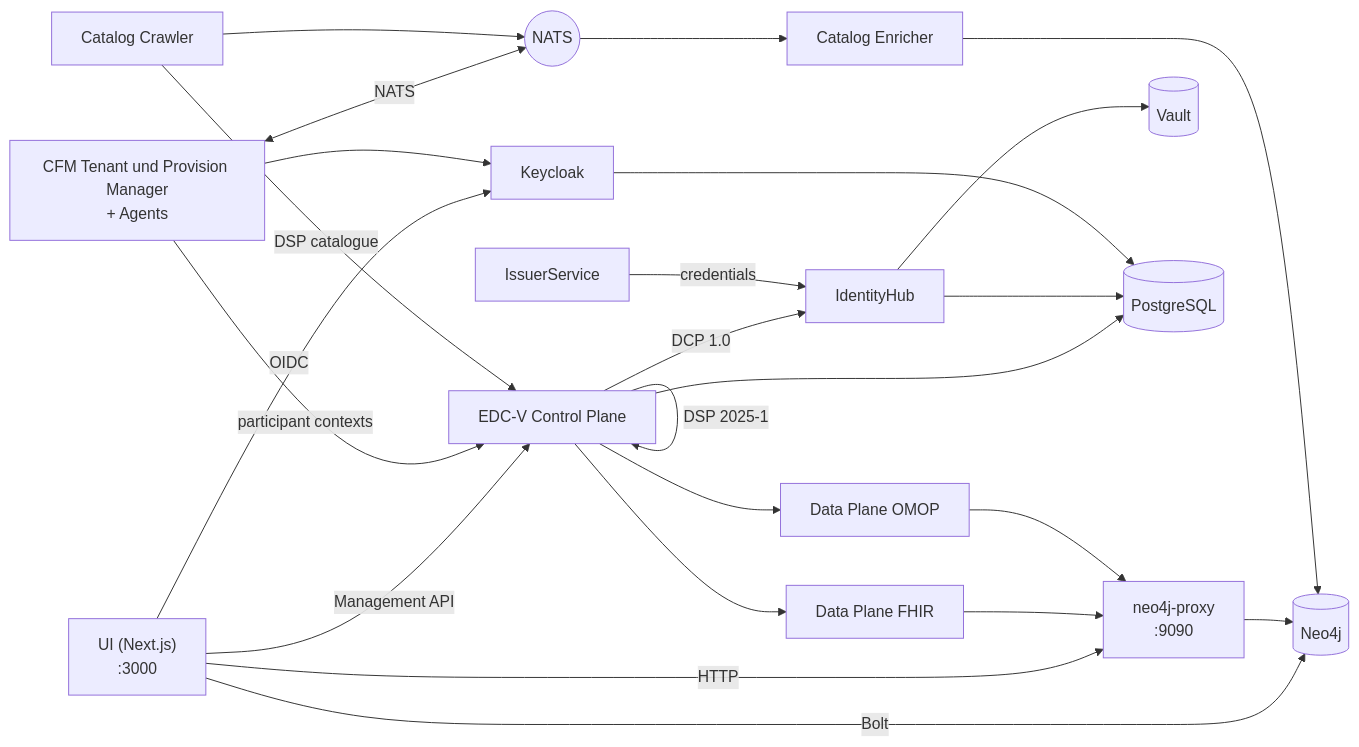
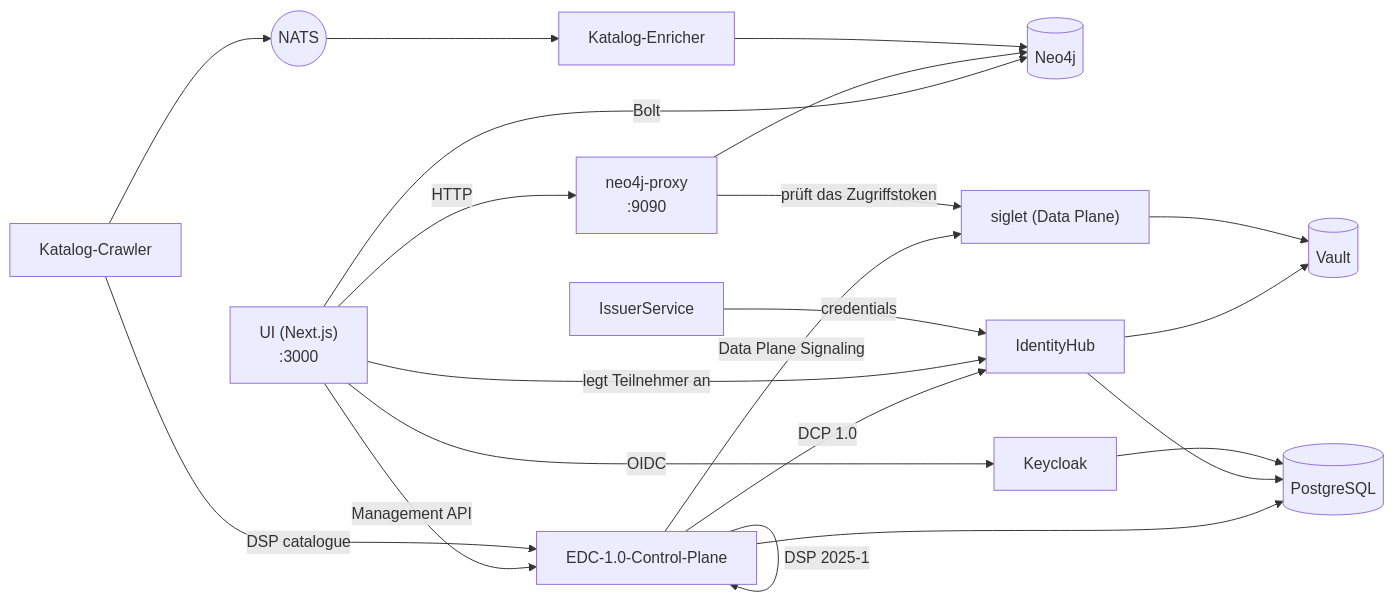
One commit to ma3u/MinimumViableHealthDataspacev2 changed the diagram in docs/i18n/de/developer/stack-and-environment.md. Above: the diagram before and after it, drawn with Mermaid. The commit also changed other lines of this file and 56 other files, not shown here.

````diff
--- a/docs/i18n/de/developer/stack-and-environment.md
+++ b/docs/i18n/de/developer/stack-and-environment.md
@@ -64,26 +64,23 @@
 ```mermaid
 flowchart LR
     UI["UI (Next.js)<br/>:3000"] -->|Bolt| NEO[(Neo4j)]
     UI -->|HTTP| PROXY["neo4j-proxy<br/>:9090"]
-    UI -->|Management API| CP["EDC-V Control Plane"]
+    UI -->|Management API| CP["EDC-1.0-Control-Plane"]
     UI -->|OIDC| KC["Keycloak"]
     PROXY --> NEO
     CP -->|DSP 2025-1| CP
-    CP --> DPF["Data Plane FHIR"]
-    CP --> DPO["Data Plane OMOP"]
-    DPF --> PROXY
-    DPO --> PROXY
+    CP -->|Data Plane Signaling| SIG["siglet (Data Plane)"]
+    PROXY -->|prüft das Zugriffstoken| SIG
     CP -->|DCP 1.0| IH["IdentityHub"]
+    UI -->|legt Teilnehmer an| IH
     IS["IssuerService"] -->|credentials| IH
     IH --> VAULT[("Vault")]
-    CFM["CFM Tenant und Provision Manager<br/>+ Agents"] -->|participant contexts| CP
-    CFM --> KC
-    CFM <-->|NATS| NATS(("NATS"))
-    CRAWL["Catalog Crawler"] -->|DSP catalogue| CP
-    CRAWL --> NATS
-    NATS --> ENR["Catalog Enricher"]
+    SIG --> VAULT
+    CRAWL["Katalog-Crawler"] -->|DSP catalogue| CP
+    CRAWL --> NATS(("NATS"))
+    NATS --> ENR["Katalog-Enricher"]
     ENR --> NEO
     CP --> PG[("PostgreSQL")]
     IH --> PG
     KC --> PG
 ```
````
